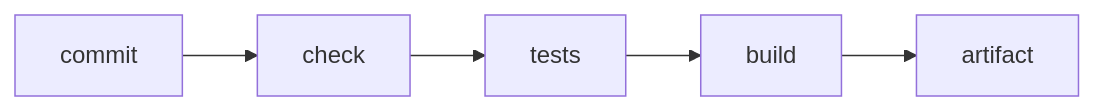
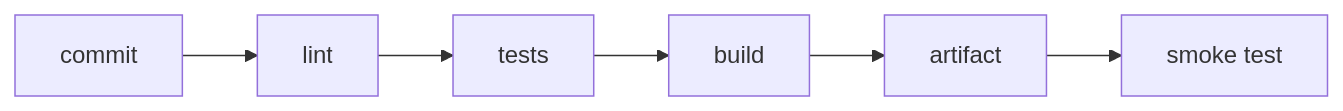
The diagram in src/content/docs/en/integration/index.md (mkrebs03/devops-atlas), drawn with Mermaid before and after one commit. The commit also changed other lines of this file and 69 other files, not shown here.

````diff
--- a/src/content/docs/en/integration/index.md
+++ b/src/content/docs/en/integration/index.md
@@ -35,4 +47,4 @@
 ```mermaid
 flowchart LR
-  Co["commit"] --> Ch["check"] --> T["tests"] --> Bu["build"] --> Pk["artifact"]
+  Co["commit"] --> Ch["lint"] --> T["tests"] --> Bu["build"] --> Pk["artifact"] --> H["smoke test"]
 ```
````
